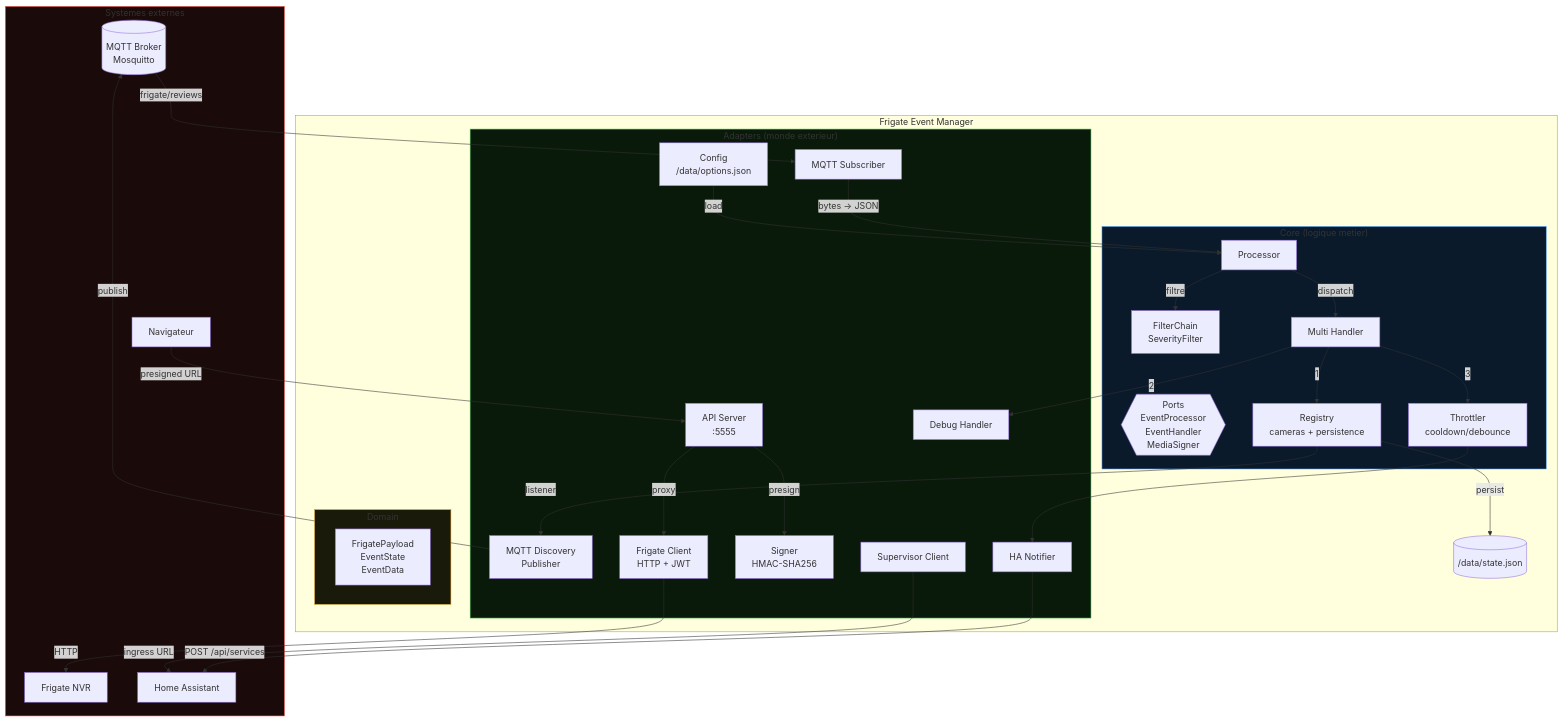
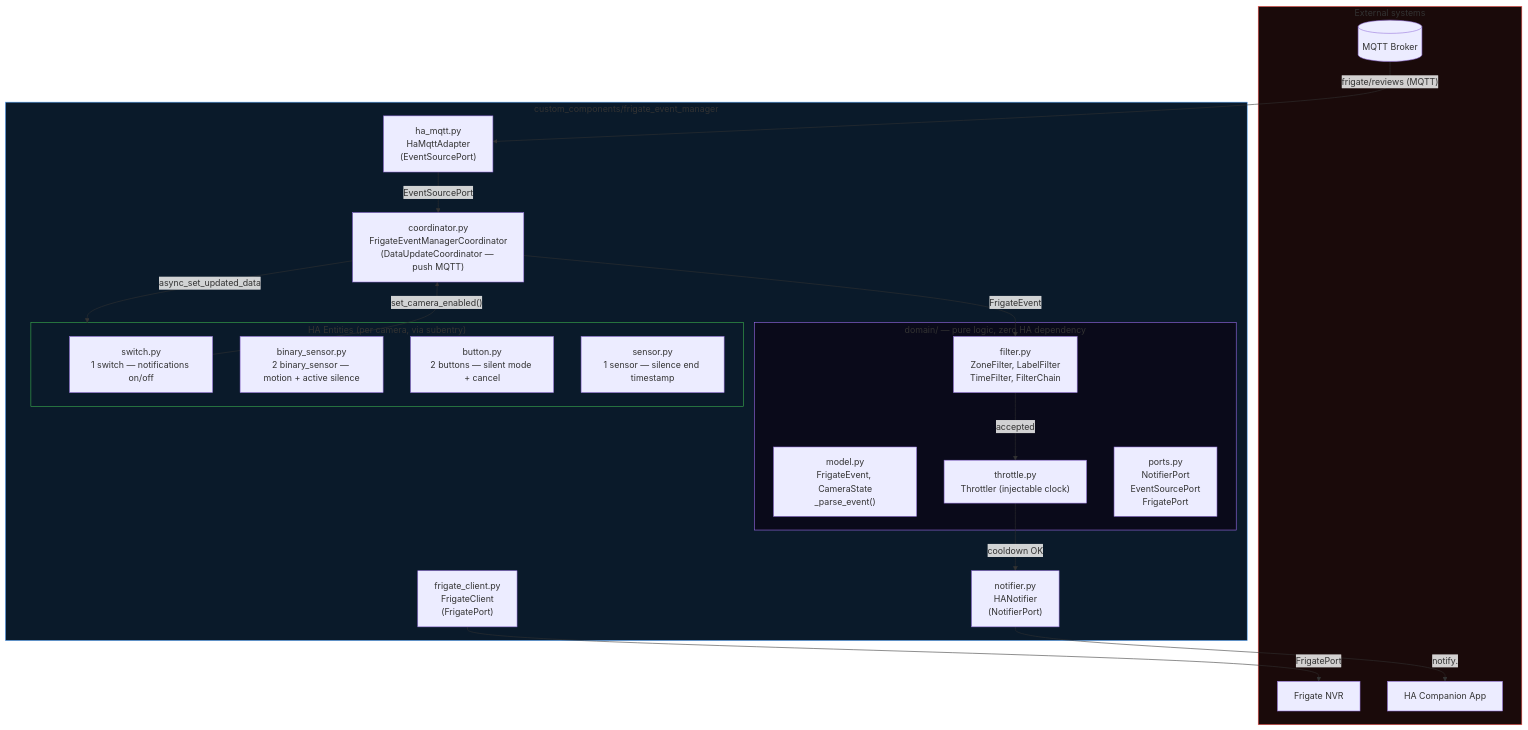
Before and after one commit to trowaflo/frigate-event-manager: the first of 5 diagrams in docs/architecture.md, drawn with Mermaid. The commit also changed other lines of this file and 140 other files, not shown here.

````diff
--- a/docs/architecture.md
+++ b/docs/architecture.md
@@ -5,62 +8,44 @@
 ```mermaid
 graph TB
-    subgraph External["Systemes externes"]
-        BROKER[("MQTT Broker<br/>Mosquitto")]
+    subgraph External["External systems"]
+        BROKER[("MQTT Broker")]
         FRIGATE["Frigate NVR"]
-        HA["Home Assistant"]
-        BROWSER["Navigateur"]
+        HA_NOTIFY["HA Companion App"]
     end
 
-    subgraph Addon["Frigate Event Manager"]
-        subgraph Adapters["Adapters (monde exterieur)"]
-            MQTT_SUB["MQTT Subscriber"]
-            MQTT_DISCO["MQTT Discovery<br/>Publisher"]
-            CONFIG["Config<br/>/data/options.json"]
-            FRIGATE_CLIENT["Frigate Client<br/>HTTP + JWT"]
-            API_SERVER["API Server<br/>:5555"]
-            SIGNER["Signer<br/>HMAC-SHA256"]
-            HA_NOTIFIER["HA Notifier"]
-            DEBUG["Debug Handler"]
-            SUPERVISOR["Supervisor Client"]
+    subgraph Integration["custom_components/frigate_event_manager"]
+        subgraph Domain["domain/ — pure logic, zero HA dependency"]
+            MODEL["model.py\nFrigateEvent, CameraState\n_parse_event()"]
+            FILTER_D["filter.py\nZoneFilter, LabelFilter\nTimeFilter, FilterChain"]
+            THROTTLE_D["throttle.py\nThrottler (injectable clock)"]
+            PORTS["ports.py\nNotifierPort\nEventSourcePort\nFrigatePort"]
         end
 
-        subgraph Core["Core (logique metier)"]
-            PORTS{{"Ports<br/>EventProcessor<br/>EventHandler<br/>MediaSigner"}}
-            PROCESSOR["Processor"]
-            FILTER["FilterChain<br/>SeverityFilter"]
-            MULTI["Multi Handler"]
-            THROTTLE["Throttler<br/>cooldown/debounce"]
-            REGISTRY["Registry<br/>cameras + persistence"]
+        COORD["coordinator.py\nFrigateEventManagerCoordinator\n(DataUpdateCoordinator — push MQTT)"]
+        HAMQTT["ha_mqtt.py\nHaMqttAdapter\n(EventSourcePort)"]
+        NOTIFIER["notifier.py\nHANotifier\n(NotifierPort)"]
+        CLIENT["frigate_client.py\nFrigateClient\n(FrigatePort)"]
+
+        subgraph Entities["HA Entities (per camera, via subentry)"]
+            SWITCH["switch.py\n1 switch — notifications on/off"]
+            BINSENSOR["binary_sensor.py\n2 binary_sensor — motion + active silence"]
+            BUTTON["button.py\n2 buttons — silent mode + cancel"]
+            SENSOR["sensor.py\n1 sensor — silence end timestamp"]
         end
-
-        subgraph Domain["Domain"]
-            PAYLOAD["FrigatePayload<br/>EventState<br/>EventData"]
-        end
-
-        PERSISTENCE[("/data/state.json")]
     end
 
-    BROKER -->|frigate/reviews| MQTT_SUB
-    MQTT_SUB -->|bytes -> JSON| PROCESSOR
-    PROCESSOR -->|filtre| FILTER
-    PROCESSOR -->|dispatch| MULTI
-    MULTI -->|"1"| REGISTRY
-    MULTI -->|"2"| DEBUG
-    MULTI -->|"3"| THROTTLE
-    THROTTLE --> HA_NOTIFIER
-    REGISTRY -->|listener| MQTT_DISCO
-    REGISTRY -->|persist| PERSISTENCE
-    MQTT_DISCO -->|publish| BROKER
-    HA_NOTIFIER -->|POST /api/services| HA
-    API_SERVER -->|proxy| FRIGATE_CLIENT
-    FRIGATE_CLIENT -->|HTTP| FRIGATE
-    API_SERVER -->|presign| SIGNER
-    BROWSER -->|presigned URL| API_SERVER
-    SUPERVISOR -->|ingress URL| HA
-    CONFIG -->|load| PROCESSOR
+    BROKER -->|"frigate/reviews (MQTT)"| HAMQTT
+    HAMQTT -->|"EventSourcePort"| COORD
+    COORD -->|FrigateEvent| FILTER_D
+    FILTER_D -->|accepted| THROTTLE_D
+    THROTTLE_D -->|cooldown OK| NOTIFIER
+    NOTIFIER -->|"notify.<target>"| HA_NOTIFY
+    COORD -->|async_set_updated_data| Entities
+    SWITCH -->|"set_camera_enabled()"| COORD
+    CLIENT -->|"FrigatePort"| FRIGATE
 
     style External fill:#1a0a0a,stroke:#f85149
-    style Core fill:#0a1a2a,stroke:#58a6ff
-    style Adapters fill:#0a1a0a,stroke:#3fb950
-    style Domain fill:#1a1a0a,stroke:#d29922
+    style Integration fill:#0a1a2a,stroke:#58a6ff
+    style Domain fill:#0a0a1a,stroke:#a371f7
+    style Entities fill:#0a1a2a,stroke:#3fb950
 ```
````
